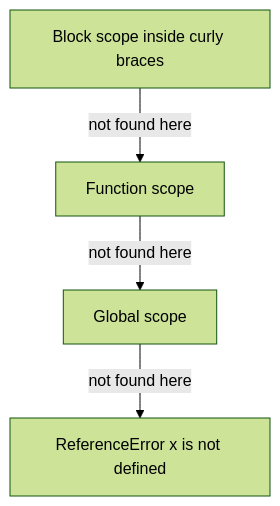
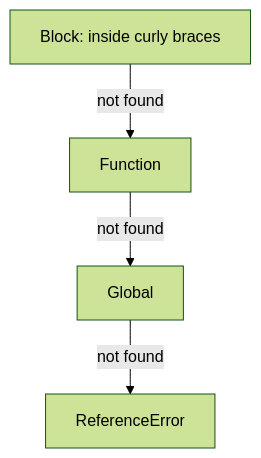
One commit to starjustice/research-material changed the third of 4 diagrams in learn/javascript/01-variables-scope-and-hoisting.md. Above: the diagram before and after it, drawn with Mermaid (forest theme). The commit also changed other lines of this file, not shown here.

Commit message:
Reshape JavaScript lesson 01 (Variables, scope and hoisting) into short cards with guess bars and blue More detail bars

````diff
--- a/learn/javascript/01-variables-scope-and-hoisting.md
+++ b/learn/javascript/01-variables-scope-and-hoisting.md
@@ -102,6 +179,6 @@
 ```mermaid
 graph TB
-    A["Block scope inside curly braces"] -->|not found here| B["Function scope"]
-    B -->|not found here| C["Global scope"]
-    C -->|not found here| D["ReferenceError x is not defined"]
+    A["Block: inside curly braces"] -->|not found| B["Function"]
+    B -->|not found| C["Global"]
+    C -->|not found| D["ReferenceError"]
 ```
````
